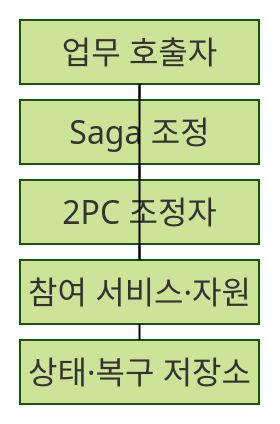
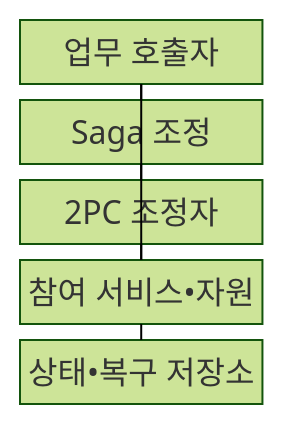
One commit to agnusdei1207/knowledge-base changed the first of 2 diagrams in src/content/docs/notes/03-software/179_saga_vs_2pc.md. Above: the diagram before and after it, drawn with Mermaid (forest theme). The commit also changed other lines of this file and 953 other files, not shown here.

````diff
--- a/src/content/docs/notes/03-software/179_saga_vs_2pc.md
+++ b/src/content/docs/notes/03-software/179_saga_vs_2pc.md
@@ -70,14 +70,14 @@
 ```mermaid
 block
     columns 1
     A["업무 호출자"]
     B["Saga 조정"]
     C["2PC 조정자"]
-    D["참여 서비스·자원"]
-    E["상태·복구 저장소"]
+    D["참여 서비스•자원"]
+    E["상태•복구 저장소"]
     A --- B
     A --- C
     B --- D
     C --- D
     D --- E
 ```
````
